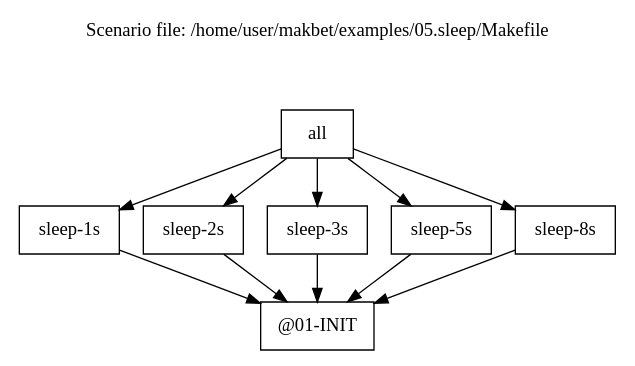
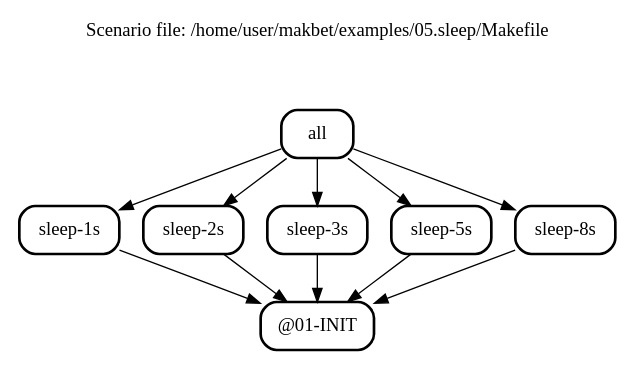
One commit to skaluzka/makbet changed the diagram in docs/examples/05.sleep/results.dot. Above: the diagram before and after it, drawn with Graphviz. The commit also changed 11 other files, not shown here.

First line of the commit message:
[#116] Use rounded box in DOT output

```diff
--- a/docs/examples/05.sleep/results.dot
+++ b/docs/examples/05.sleep/results.dot
@@ -1,36 +1,36 @@
 digraph {
 
 // This file has been generated by makbet heads/master-0-g0eba8f3
 // Generation date: Mon Aug 31 12:05:19 AM CEST 2020
 // Scenario file: /home/user/makbet/examples/05.sleep/Makefile
 
 // Graph title.
 labelloc="t";
 label="Scenario file: /home/user/makbet/examples/05.sleep/Makefile\n\n\n\n";
 
-// Node options.
-node [shape=box];
+// Global options for all nodes.
+node [shape="box" style="rounded, bold"];
 
 
 "@01-INIT";
 
 "all" -> "sleep-1s";
 "all" -> "sleep-2s";
 "all" -> "sleep-3s";
 "all" -> "sleep-5s";
 "all" -> "sleep-8s";
 
 "sleep-1s" -> "@01-INIT";
 
 "sleep-2s" -> "@01-INIT";
 
 "sleep-3s" -> "@01-INIT";
 
 "sleep-5s" -> "@01-INIT";
 
 "sleep-8s" -> "@01-INIT";
 
 }
 
 
 // End of file
```
